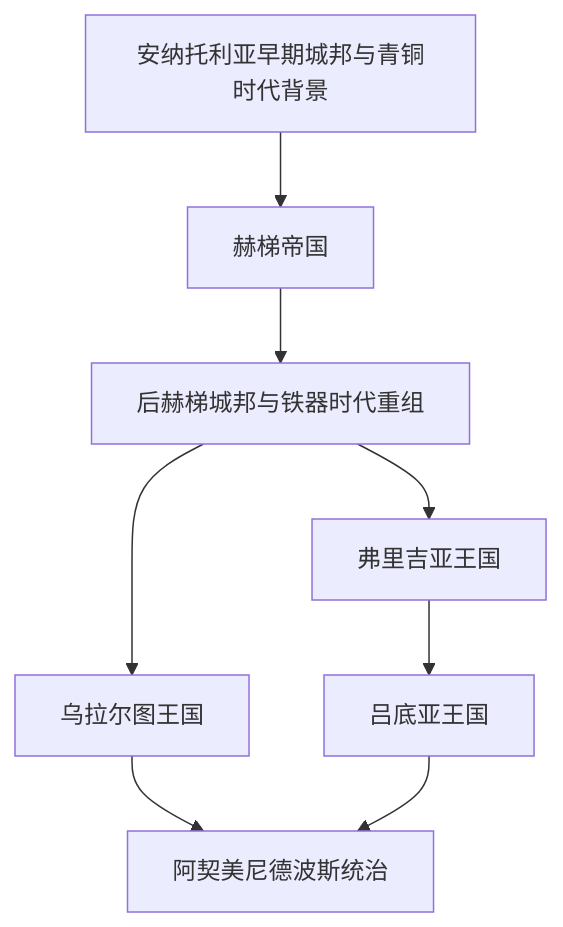
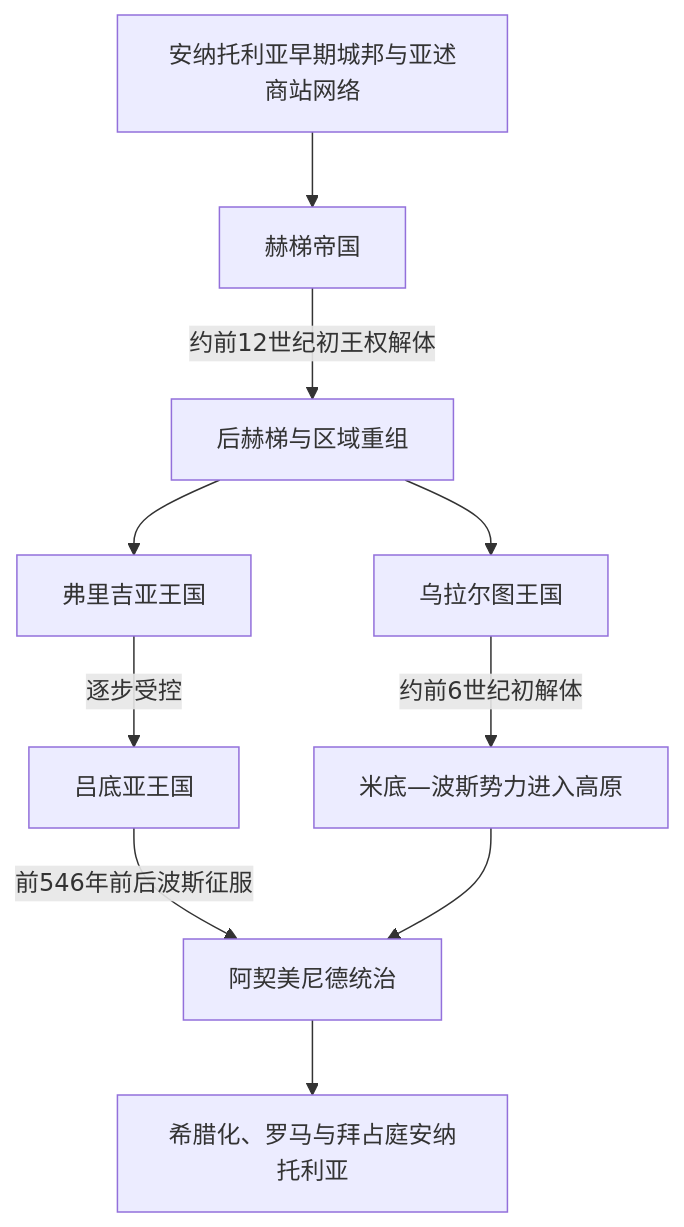
One commit to tianlan-dev/learning-notes changed the diagram in 人文科学/历史/西亚/土耳其/安纳托利亚古代文明/README.md. Above: the diagram before and after it, drawn with Mermaid. The commit also changed other lines of this file and 1417 other files, not shown here.

````diff
--- a/人文科学/历史/西亚/土耳其/安纳托利亚古代文明/README.md
+++ b/人文科学/历史/西亚/土耳其/安纳托利亚古代文明/README.md
@@ -16,10 +13,12 @@
 ```mermaid
 flowchart TD
-    Early["安纳托利亚早期城邦与青铜时代背景"] --> Hittite["赫梯帝国"]
-    Hittite --> NeoHittite["后赫梯城邦与铁器时代重组"]
-    NeoHittite --> Phrygia["弗里吉亚王国"]
-    NeoHittite --> Urartu["乌拉尔图王国"]
-    Phrygia --> Lydia["吕底亚王国"]
-    Urartu --> Achaemenid["阿契美尼德波斯统治"]
-    Lydia --> Achaemenid
+    Early["安纳托利亚早期城邦与亚述商站网络"] --> Hittite["赫梯帝国"]
+    Hittite -->|约前12世纪初王权解体| PostHittite["后赫梯与区域重组"]
+    PostHittite --> Phrygia["弗里吉亚王国"]
+    PostHittite --> Urartu["乌拉尔图王国"]
+    Phrygia -->|逐步受控| Lydia["吕底亚王国"]
+    Urartu -->|约前6世纪初解体| MedianPersian["米底—波斯势力进入高原"]
+    Lydia -->|前546年前后波斯征服| Achaemenid["阿契美尼德统治"]
+    MedianPersian --> Achaemenid
+    Achaemenid --> Later["希腊化、罗马与拜占庭安纳托利亚"]
 ```
````
